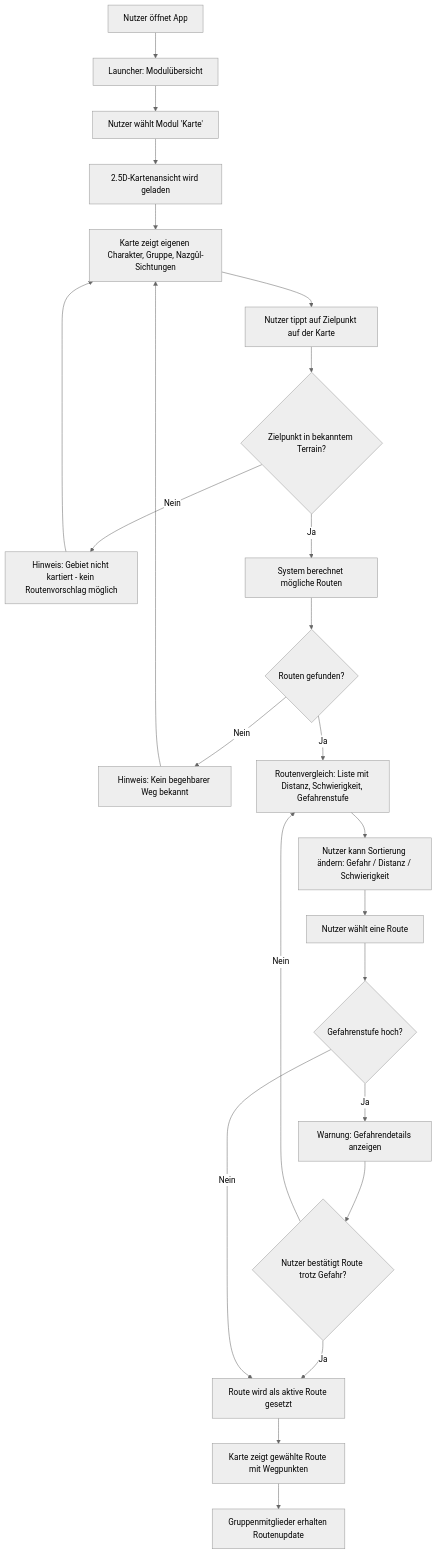
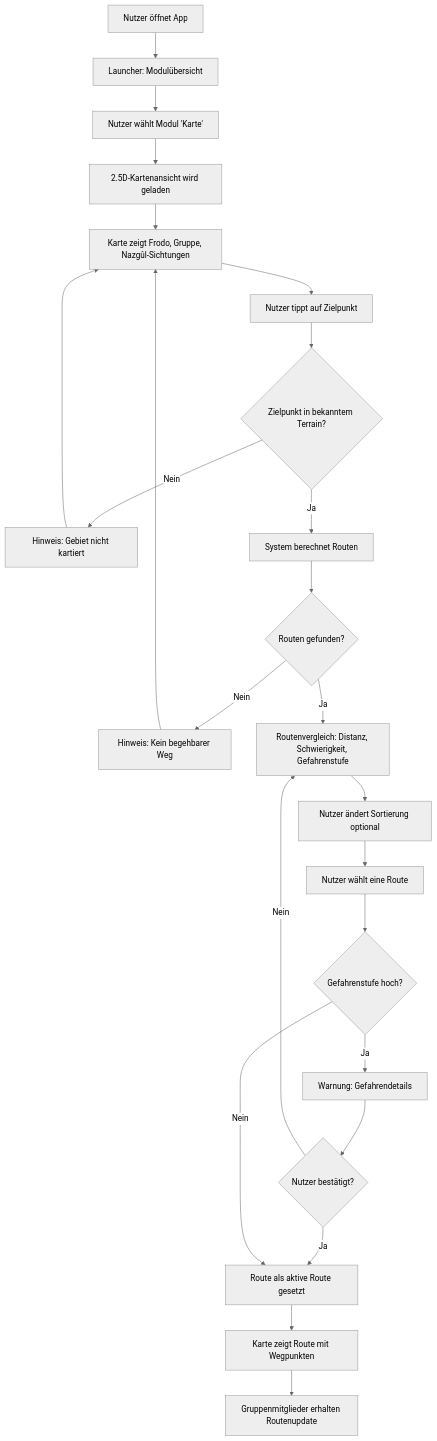
The diagram in artifacts/artifact-3/artifact-3-representation.md (DatNoHand/The-Fellowship-of-the-Code-2026), drawn with Mermaid (neutral theme) before and after one commit. The commit also changed other lines of this file and 6 other files, not shown here.

````diff
--- a/artifacts/artifact-3/artifact-3-representation.md
+++ b/artifacts/artifact-3/artifact-3-representation.md
@@ -16,33 +71,33 @@
 ```mermaid
 flowchart TD
     A[Nutzer öffnet App] --> B[Launcher: Modulübersicht]
     B --> C[Nutzer wählt Modul 'Karte']
     C --> D[2.5D-Kartenansicht wird geladen]
-    D --> E[Karte zeigt eigenen Charakter, Gruppe, Nazgûl-Sichtungen]
-    E --> F[Nutzer tippt auf Zielpunkt auf der Karte]
+    D --> E[Karte zeigt Frodo, Gruppe, Nazgûl-Sichtungen]
+    E --> F[Nutzer tippt auf Zielpunkt]
     F --> G{Zielpunkt in bekanntem Terrain?}
- 
-    G -- Nein --> H[Hinweis: Gebiet nicht kartiert - kein Routenvorschlag möglich]
+
+    G -- Nein --> H[Hinweis: Gebiet nicht kartiert]
     H --> E
- 
-    G -- Ja --> I[System berechnet mögliche Routen]
+
+    G -- Ja --> I[System berechnet Routen]
     I --> J{Routen gefunden?}
- 
-    J -- Nein --> K[Hinweis: Kein begehbarer Weg bekannt]
+
+    J -- Nein --> K[Hinweis: Kein begehbarer Weg]
     K --> E
- 
-    J -- Ja --> L[Routenvergleich: Liste mit Distanz, Schwierigkeit, Gefahrenstufe]
-    L --> M[Nutzer kann Sortierung ändern: Gefahr / Distanz / Schwierigkeit]
+
+    J -- Ja --> L[Routenvergleich: Distanz, Schwierigkeit, Gefahrenstufe]
+    L --> M[Nutzer ändert Sortierung optional]
     M --> N[Nutzer wählt eine Route]
     N --> O{Gefahrenstufe hoch?}
- 
-    O -- Ja --> P[Warnung: Gefahrendetails anzeigen]
-    P --> Q{Nutzer bestätigt Route trotz Gefahr?}
+
+    O -- Ja --> P[Warnung: Gefahrendetails]
+    P --> Q{Nutzer bestätigt?}
     Q -- Nein --> L
-    Q -- Ja --> R[Route wird als aktive Route gesetzt]
- 
+    Q -- Ja --> R[Route als aktive Route gesetzt]
+
     O -- Nein --> R
- 
-    R --> S[Karte zeigt gewählte Route mit Wegpunkten]
+
+    R --> S[Karte zeigt Route mit Wegpunkten]
     S --> T[Gruppenmitglieder erhalten Routenupdate]
-``` 
+```
````
